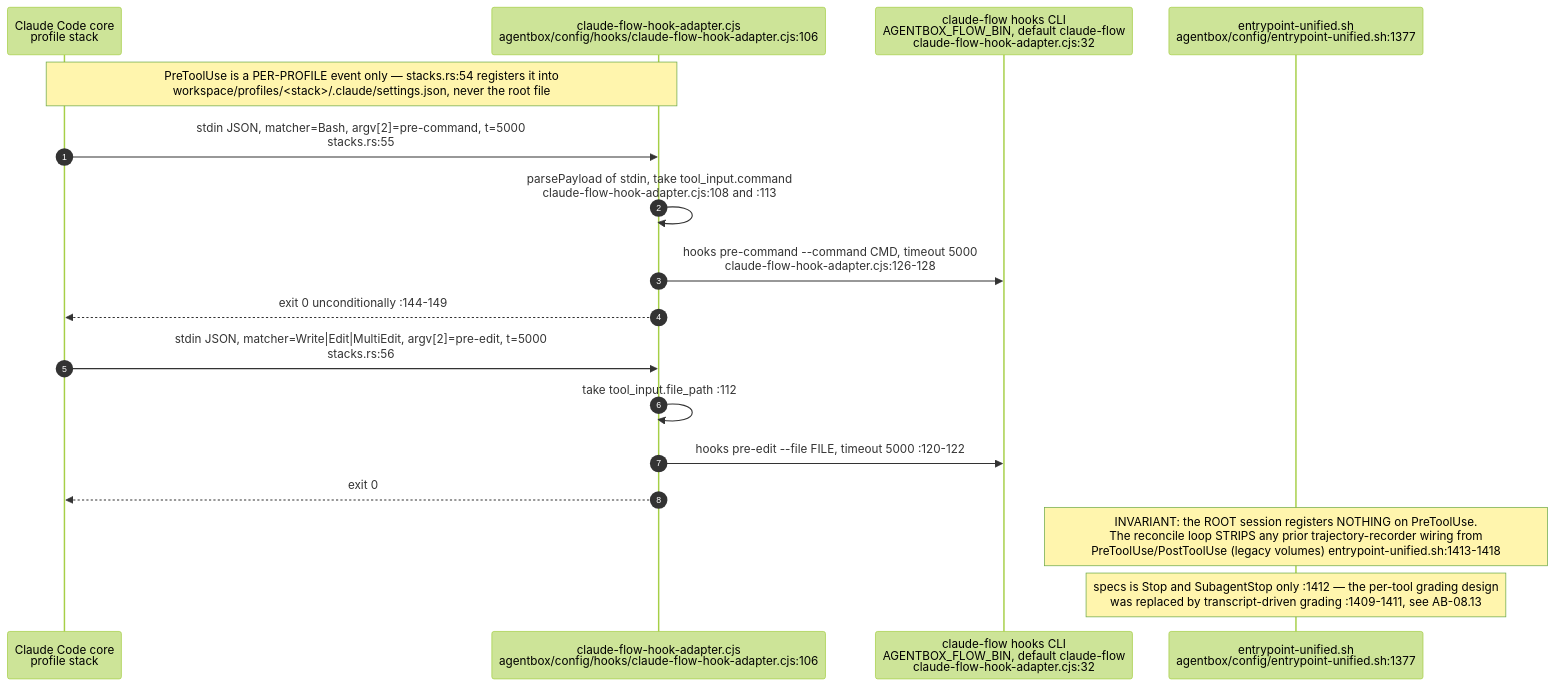
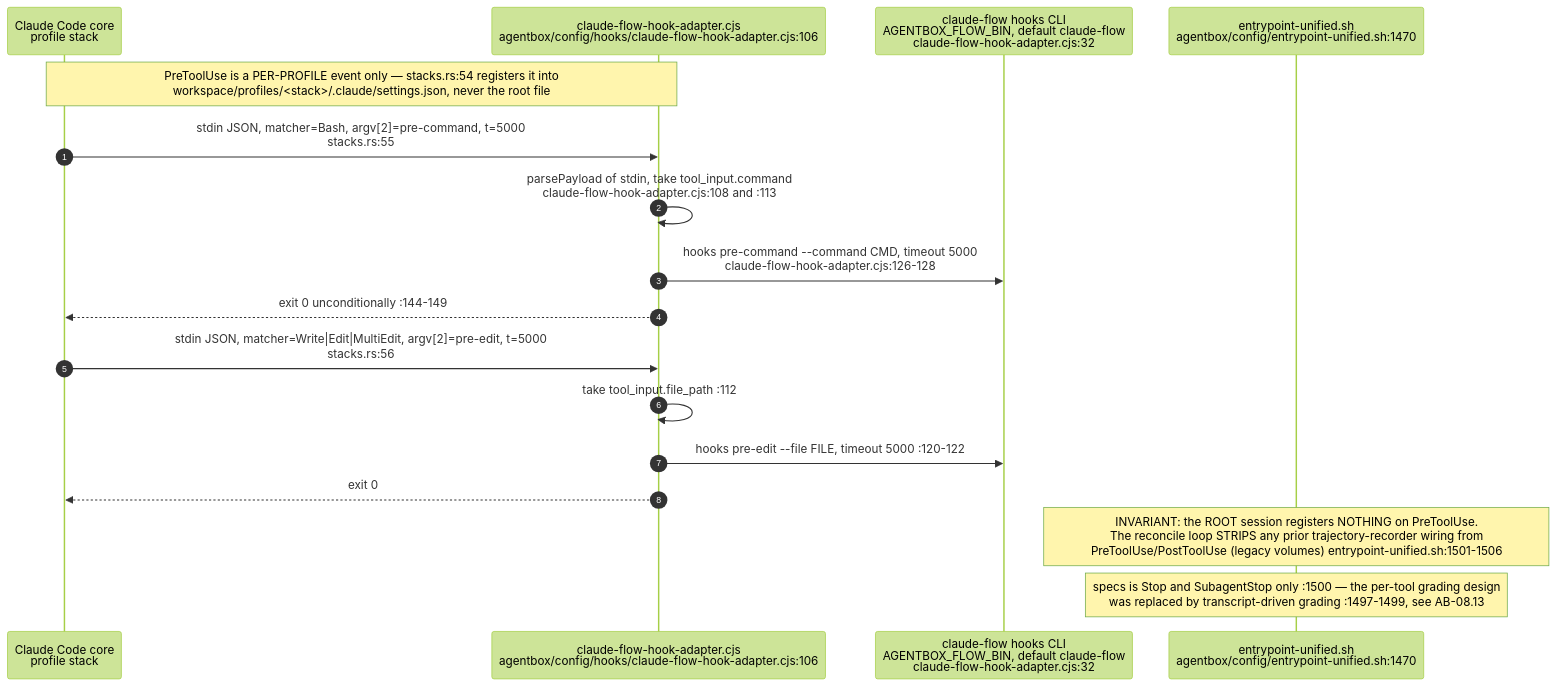
One commit to DreamLab-AI/VisionFlow changed the third of 15 diagrams in docs/diagrams/agentbox/08-hooks-pipeline.md. Above: the diagram before and after it, drawn with Mermaid (forest theme). The commit also changed other lines of this file and 28 other files, not shown here.

````diff
--- a/docs/diagrams/agentbox/08-hooks-pipeline.md
+++ b/docs/diagrams/agentbox/08-hooks-pipeline.md
@@ -131,20 +134,20 @@
 ```mermaid
 sequenceDiagram
     autonumber
     participant CC as Claude Code core<br/>profile stack
     participant AD as claude-flow-hook-adapter.cjs<br/>agentbox/config/hooks/claude-flow-hook-adapter.cjs:106
     participant CLI as claude-flow hooks CLI<br/>AGENTBOX_FLOW_BIN, default claude-flow<br/>claude-flow-hook-adapter.cjs:32
-    participant EP as entrypoint-unified.sh<br/>agentbox/config/entrypoint-unified.sh:1377
+    participant EP as entrypoint-unified.sh<br/>agentbox/config/entrypoint-unified.sh:1470
 
     Note over CC,AD: PreToolUse is a PER-PROFILE event only — stacks.rs:54 registers it into<br/>workspace/profiles/#60;stack#62;/.claude/settings.json, never the root file
     CC->>AD: stdin JSON, matcher=Bash, argv#91;2#93;=pre-command, t=5000<br/>stacks.rs:55
     AD->>AD: parsePayload of stdin, take tool_input.command<br/>claude-flow-hook-adapter.cjs:108 and :113
     AD->>CLI: hooks pre-command --command CMD, timeout 5000<br/>claude-flow-hook-adapter.cjs:126-128
     AD-->>CC: exit 0 unconditionally :144-149
     CC->>AD: stdin JSON, matcher=Write#124;Edit#124;MultiEdit, argv#91;2#93;=pre-edit, t=5000<br/>stacks.rs:56
     AD->>AD: take tool_input.file_path :112
     AD->>CLI: hooks pre-edit --file FILE, timeout 5000 :120-122
     AD-->>CC: exit 0
-    Note over EP: INVARIANT: the ROOT session registers NOTHING on PreToolUse.<br/>The reconcile loop STRIPS any prior trajectory-recorder wiring from<br/>PreToolUse/PostToolUse #40;legacy volumes#41; entrypoint-unified.sh:1413-1418
-    Note over EP: specs is Stop and SubagentStop only :1412 — the per-tool grading design<br/>was replaced by transcript-driven grading :1409-1411, see AB-08.13
+    Note over EP: INVARIANT: the ROOT session registers NOTHING on PreToolUse.<br/>The reconcile loop STRIPS any prior trajectory-recorder wiring from<br/>PreToolUse/PostToolUse #40;legacy volumes#41; entrypoint-unified.sh:1501-1506
+    Note over EP: specs is Stop and SubagentStop only :1500 — the per-tool grading design<br/>was replaced by transcript-driven grading :1497-1499, see AB-08.13
 ```
````
